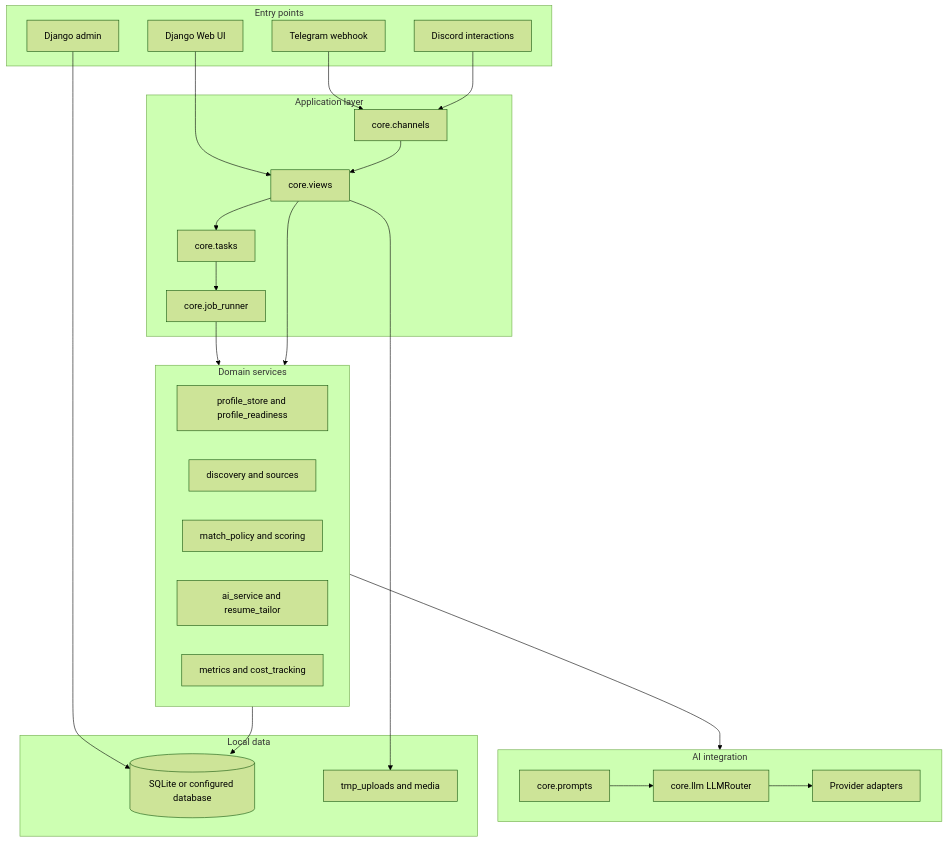
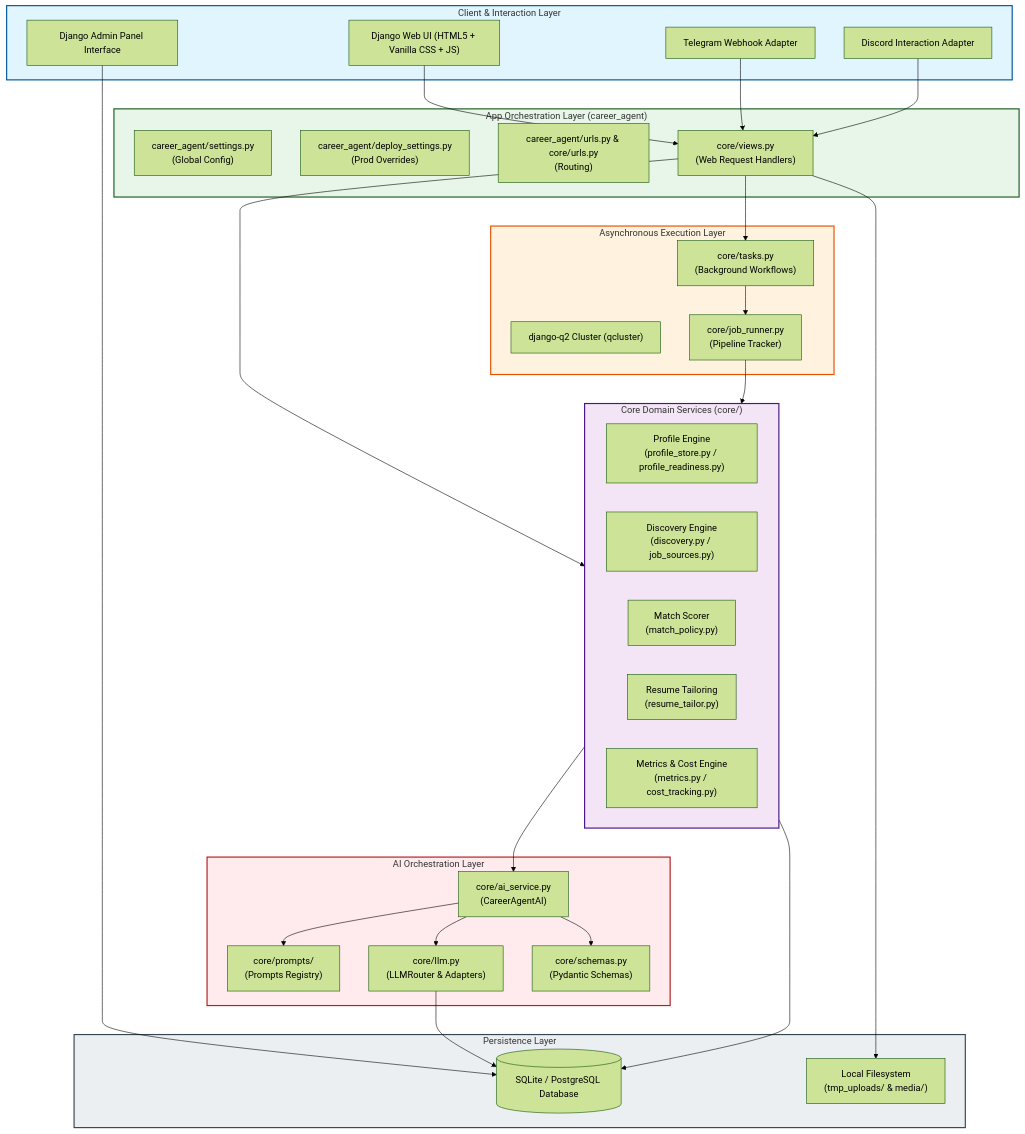
Before and after one commit to ArPaN-DS/JobScout-AI: the first of 2 diagrams in docs/ARCHITECTURE.md, drawn with Mermaid (forest theme). The commit also changed other lines of this file, not shown here.

Commit message:
docs: rewrite system architecture guide with comprehensive diagrams

````diff
--- a/docs/ARCHITECTURE.md
+++ b/docs/ARCHITECTURE.md
@@ -7,50 +22,72 @@
 ```mermaid
 flowchart TB
-    subgraph Entry["Entry points"]
-        Web["Django Web UI"]
-        Telegram["Telegram webhook"]
-        Discord["Discord interactions"]
-        Admin["Django admin"]
+    subgraph Client ["Client & Interaction Layer"]
+        UI["Django Web UI (HTML5 + Vanilla CSS + JS)"]
+        TG["Telegram Webhook Adapter"]
+        DSC["Discord Interaction Adapter"]
+        ADM["Django Admin Panel Interface"]
     end
 
-    subgraph App["Application layer"]
-        Views["core.views"]
-        Channels["core.channels"]
-        Tasks["core.tasks"]
-        Runner["core.job_runner"]
+    subgraph AppLayer ["App Orchestration Layer (career_agent)"]
+        Settings["career_agent/settings.py<br>(Global Config)"]
+        DeploySettings["career_agent/deploy_settings.py<br>(Prod Overrides)"]
+        Urls["career_agent/urls.py & core/urls.py<br>(Routing)"]
+        Views["core/views.py<br>(Web Request Handlers)"]
     end
 
-    subgraph Domain["Domain services"]
-        Profile["profile_store and profile_readiness"]
-        Discovery["discovery and sources"]
-        Matching["match_policy and scoring"]
-        Kits["ai_service and resume_tailor"]
-        Metrics["metrics and cost_tracking"]
+    subgraph AsyncLayer ["Asynchronous Execution Layer"]
+        QCluster["django-q2 Cluster (qcluster)"]
+        Tasks["core/tasks.py<br>(Background Workflows)"]
+        Runner["core/job_runner.py<br>(Pipeline Tracker)"]
     end
 
-    subgraph AI["AI integration"]
-        Prompts["core.prompts"]
-        Router["core.llm LLMRouter"]
-        Providers["Provider adapters"]
+    subgraph Domain ["Core Domain Services (core/)"]
+        Profile["Profile Engine<br>(profile_store.py / profile_readiness.py)"]
+        Discovery["Discovery Engine<br>(discovery.py / job_sources.py)"]
+        Matching["Match Scorer<br>(match_policy.py)"]
+        Tailor["Resume Tailoring<br>(resume_tailor.py)"]
+        Metrics["Metrics & Cost Engine<br>(metrics.py / cost_tracking.py)"]
     end
 
-    subgraph Data["Local data"]
-        DB[("SQLite or configured database")]
-        Uploads["tmp_uploads and media"]
+    subgraph AIEngine ["AI Orchestration Layer"]
+        AgentAI["core/ai_service.py<br>(CareerAgentAI)"]
+        Prompts["core/prompts/<br>(Prompts Registry)"]
+        Router["core/llm.py<br>(LLMRouter & Adapters)"]
+        Schemas["core/schemas.py<br>(Pydantic Schemas)"]
     end
 
-    Web --> Views
-    Admin --> DB
-    Telegram --> Channels
-    Discord --> Channels
-    Channels --> Views
+    subgraph DataStore ["Persistence Layer"]
+        DB[(SQLite / PostgreSQL Database)]
+        Media["Local Filesystem<br>(tmp_uploads/ & media/)"]
+    end
+
+    %% Client Connections
+    UI --> Views
+    TG --> Views
+    DSC --> Views
+    ADM --> DB
+
+    %% App to Domain/Async
     Views --> Tasks
+    Views --> Domain
     Tasks --> Runner
     Runner --> Domain
-    Views --> Domain
-    Domain --> AI
-    Prompts --> Router
-    Router --> Providers
+
+    %% Domain to AI & Data
+    Domain --> AgentAI
     Domain --> DB
-    Views --> Uploads
+    Views --> Media
+
+    %% AI Connections
+    AgentAI --> Schemas
+    AgentAI --> Prompts
+    AgentAI --> Router
+    Router --> DB
+    
+    style Client fill:#e1f5fe,stroke:#01579b,stroke-width:2px
+    style AppLayer fill:#e8f5e9,stroke:#1b5e20,stroke-width:2px
+    style AsyncLayer fill:#fff3e0,stroke:#e65100,stroke-width:2px
+    style Domain fill:#f3e5f5,stroke:#4a148c,stroke-width:2px
+    style AIEngine fill:#ffebee,stroke:#b71c1c,stroke-width:2px
+    style DataStore fill:#eceff1,stroke:#37474f,stroke-width:2px
 ```
````
